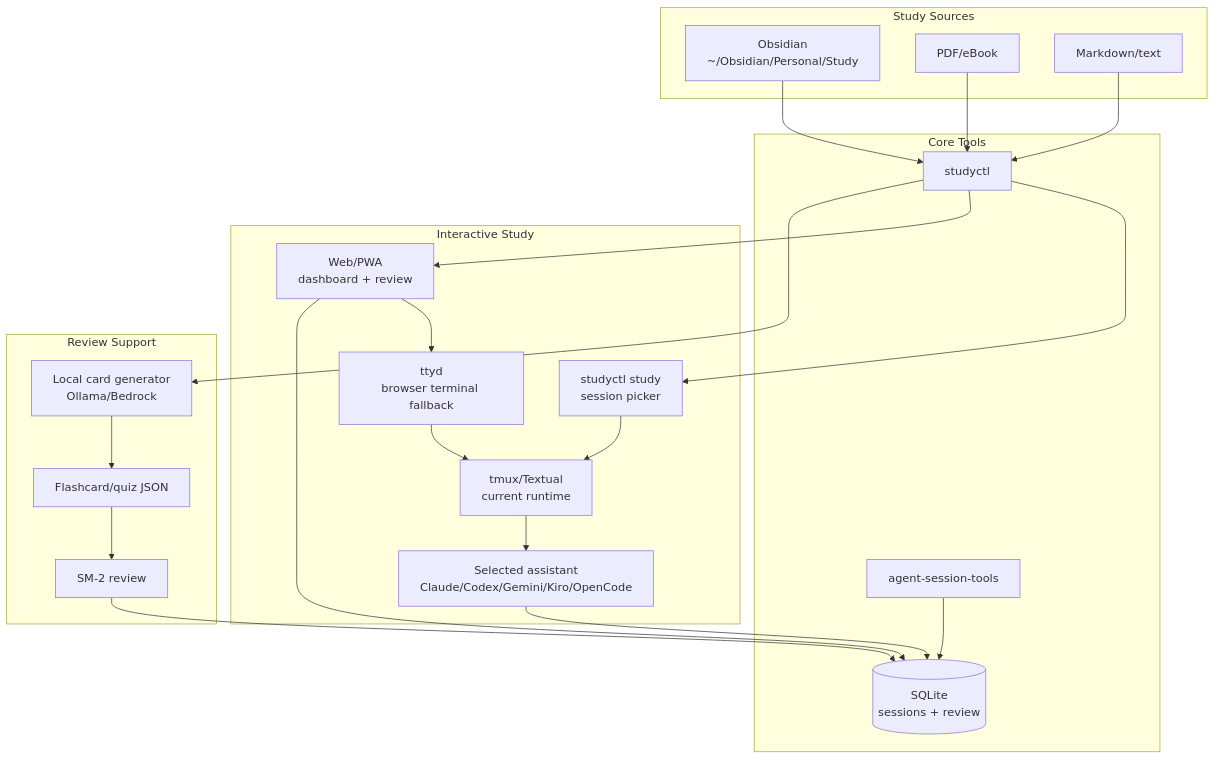
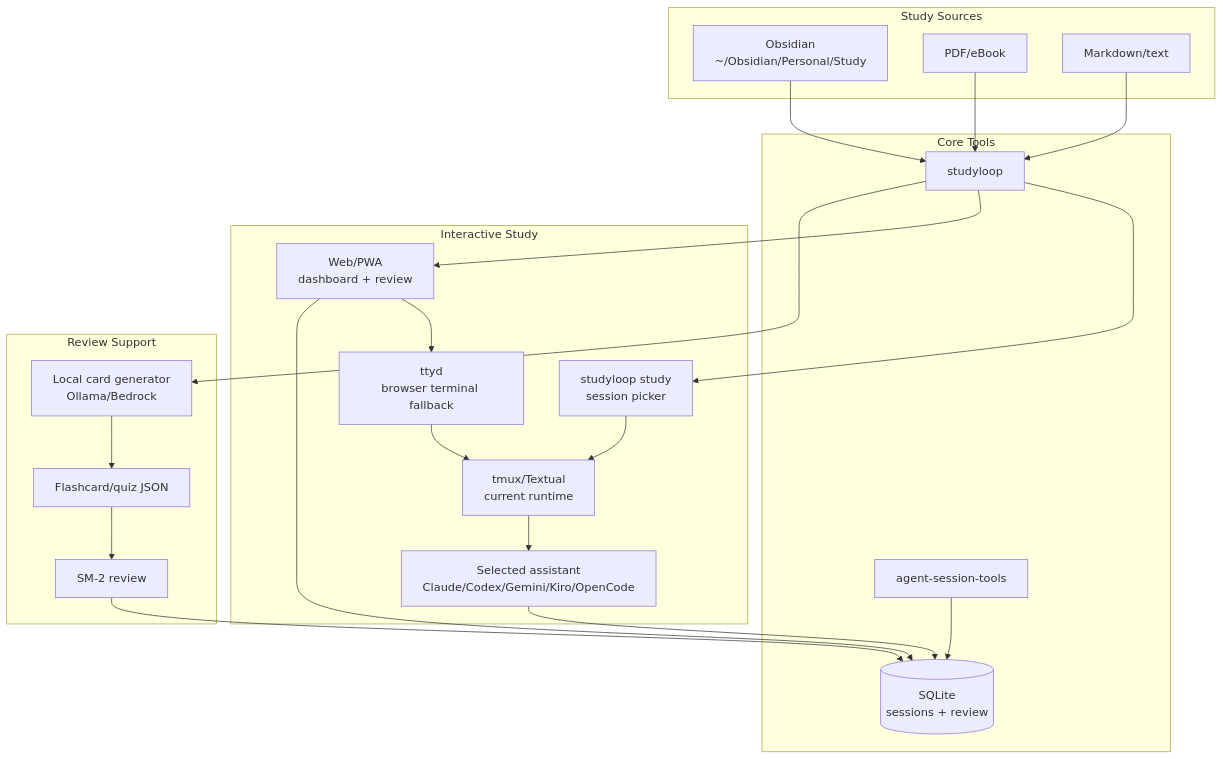
Before and after one commit to NetDevAutomate/StudyLoop: the first of 4 diagrams in docs/system-overview.md, drawn with Mermaid. The commit also changed other lines of this file and 90 other files, not shown here.

````diff
--- a/docs/system-overview.md
+++ b/docs/system-overview.md
@@ -14,45 +14,45 @@
 ```mermaid
 flowchart TB
     subgraph "Study Sources"
         Obsidian["Obsidian<br/>~/Obsidian/Personal/Study"]
         PDF["PDF/eBook"]
         Text["Markdown/text"]
     end
 
     subgraph "Core Tools"
-        Studyctl["studyctl"]
+        Studyctl["studyloop"]
         AST["agent-session-tools"]
         DB[("SQLite<br/>sessions + review")]
     end
 
     subgraph "Interactive Study"
-        Picker["studyctl study<br/>session picker"]
+        Picker["studyloop study<br/>session picker"]
         Agent["Selected assistant<br/>Claude/Codex/Gemini/Kiro/OpenCode"]
         Tmux["tmux/Textual<br/>current runtime"]
         Web["Web/PWA<br/>dashboard + review"]
         TTYD["ttyd<br/>browser terminal fallback"]
     end
 
     subgraph "Review Support"
         Generator["Local card generator<br/>Ollama/Bedrock"]
         JSON["Flashcard/quiz JSON"]
         Review["SM-2 review"]
     end
 
     Obsidian --> Studyctl
     PDF --> Studyctl
     Text --> Studyctl
     Studyctl --> Picker
     Picker --> Tmux
     Tmux --> Agent
     Studyctl --> Web
     Web --> TTYD
     TTYD --> Tmux
     Agent --> DB
     AST --> DB
     Studyctl --> Generator
     Generator --> JSON
     JSON --> Review
     Review --> DB
     Web --> DB
 ```
````
